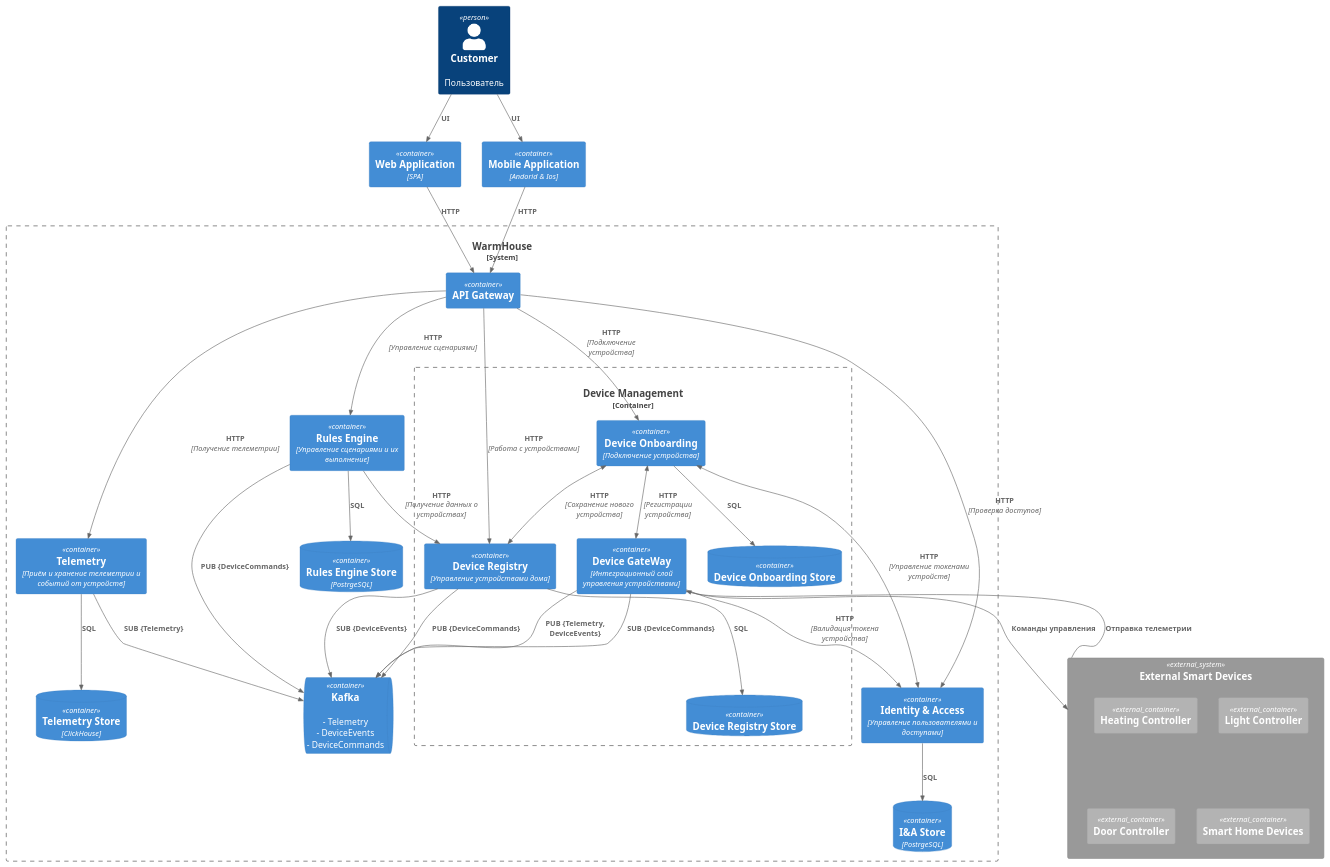
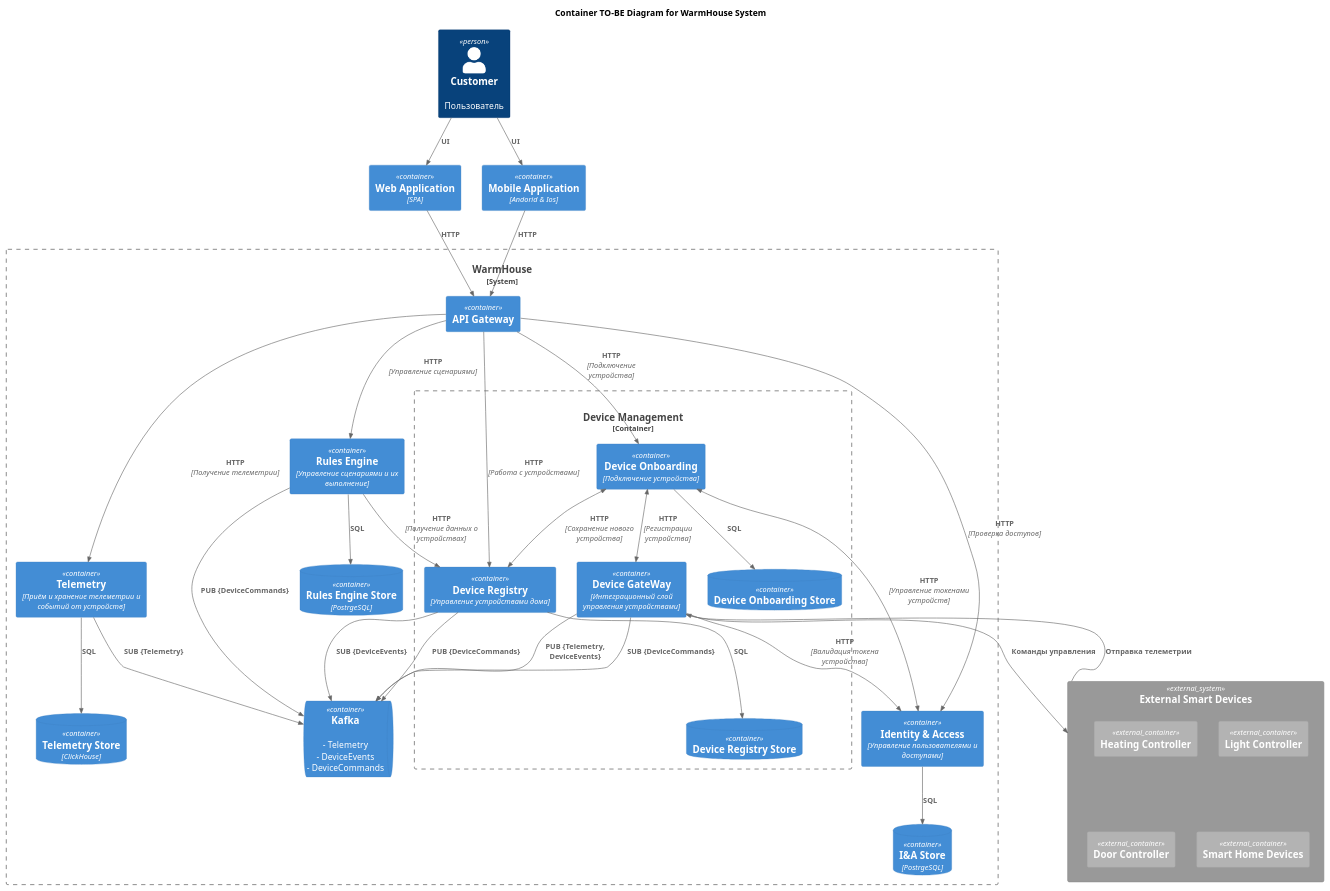
The diagram in arch/container/container_to_be.puml (Meeluck/architecture-warmhouse), drawn with PlantUML before and after one commit. The commit also changed 2 other files, not shown here.

```diff
--- a/arch/container/container_to_be.puml
+++ b/arch/container/container_to_be.puml
@@ -1,79 +1,81 @@
 @startuml
 !include https://raw.githubusercontent.com/plantuml-stdlib/C4-PlantUML/master/C4_Container.puml
+
+Title Container TO-BE Diagram for WarmHouse System
 
 Person(user,"Customer","Пользователь")
 
 Container(webApp,"Web Application","SPA")
 Container(mobApp,"Mobile Application",Andorid & Ios)
 
 
 System_Boundary(wh,WarmHouse){
     Container(gw, "API Gateway")
 
     ContainerQueue(broker,Kafka, "","- Telemetry\n- DeviceEvents \n- DeviceCommands")
 
     Container(ia,Identity & Access,Управление пользователями и доступами)
     ContainerDb(ia_db, I&A Store, PostrgeSQL)
     Rel(ia,ia_db,SQL)
 
     Container(tm,Telemetry,Приём и хранение телеметрии и событий от устройств)
     ContainerDb(ch_tl, Telemetry Store, ClickHouse)
     Rel(tm,ch_tl,SQL)
     
     Container(re, Rules Engine,Управление сценариями и их выполнение)
     ContainerDb(re_db, Rules Engine Store, PostrgeSQL)
     Rel(re,re_db,SQL)
     
     Container_Boundary(dm,Device Management,Управление устройствами){
        Container(do,Device Onboarding,Подключение устройства)
        Container(dg,Device GateWay,Интеграционный слой управления устройствами)
        Container(dr,Device Registry,Управление устройствами дома)
        
        BiRel(do,dr,HTTP,Сохранение нового устройства)       
        BiRel(do,dg,HTTP,Регистрации устройства)
        
         ContainerDb(db_dm_do, Device Onboarding Store)
         ContainerDb(db_dm_dr, Device Registry Store)
         Rel(do,db_dm_do,SQL)
         Rel(dr,db_dm_dr,SQL)
     }    
     
     Rel(gw,ia,HTTP,Проверка доступов)
     Rel(gw,dr,HTTP,Работа с устройствами)
     Rel(gw,tm,HTTP,Получение телеметрии)
     Rel(gw,re,HTTP,Управление сценариями)
     Rel(gw,do,HTTP,Подключение устройства)
 
     
     Rel(dg,ia,HTTP,Валидация токена устройства)
     BiRel(do,ia,HTTP,Управление токенами устройств)
     
     Rel(re,dr,HTTP, Получение данных о устройствах)
 
     Rel(dg,broker,"PUB {Telemetry, DeviceEvents}")
     Rel(dg,broker,SUB {DeviceCommands})
 
     Rel(tm,broker,SUB {Telemetry})
 
     Rel(dr,broker,SUB {DeviceEvents})
     Rel(dr,broker,PUB {DeviceCommands})
     Rel(re,broker,PUB {DeviceCommands})
 }
 
 Rel(user,webApp,"UI")
 Rel(webApp,gw,"HTTP")
 Rel(user,mobApp,"UI")
 Rel(mobApp,gw,"HTTP")
 
 
 System_Ext(extDev,"External Smart Devices"){
     Container_Ext(heating,"Heating Controller")
     Container_Ext(light,"Light Controller")
     Container_Ext(door,"Door Controller")
     Container_Ext(shd,"Smart Home Devices")
 }
 
 Rel(dg,extDev,Команды управления)
 Rel(extDev,dg,Отправка телеметрии)
 
 @enduml
```
